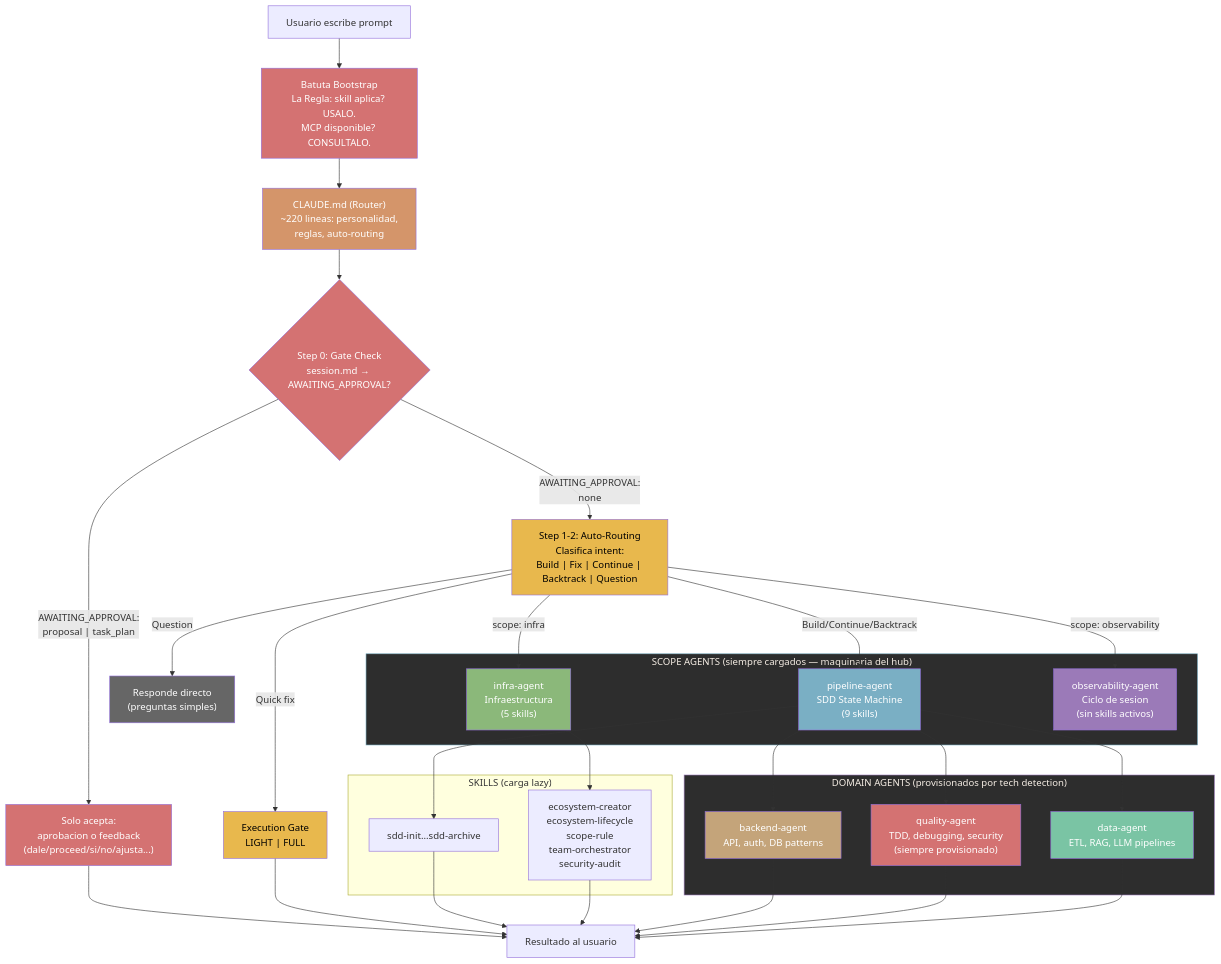
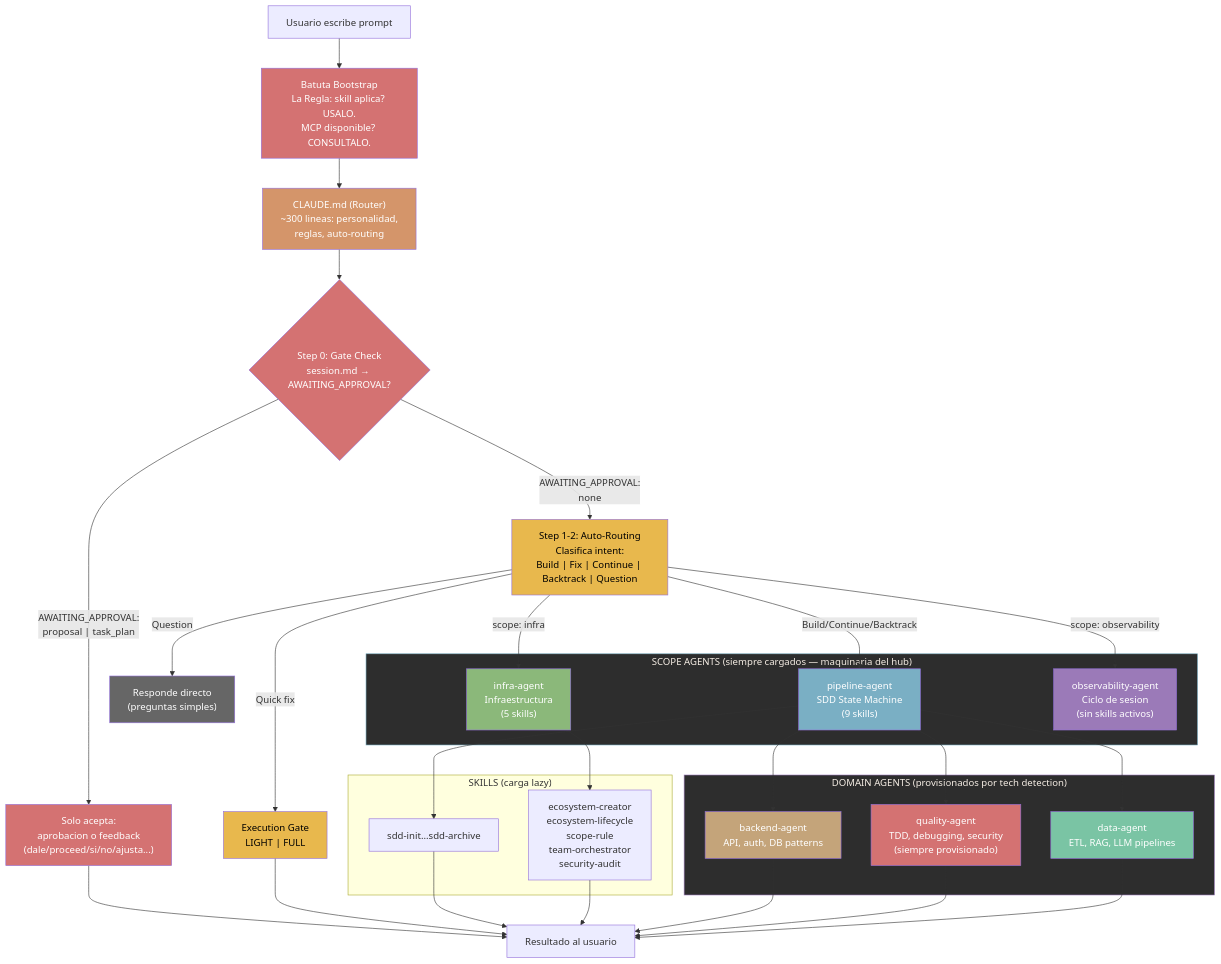
Before and after one commit to jota-batuta/batuta-dots: the third of 31 diagrams in docs/architecture/arquitectura-diagrama.md, drawn with Mermaid. The commit also changed other lines of this file and 19 other files, not shown here.

````diff
--- a/docs/architecture/arquitectura-diagrama.md
+++ b/docs/architecture/arquitectura-diagrama.md
@@ -127,67 +127,67 @@
 ```mermaid
 flowchart TD
     USER["Usuario escribe prompt"]
     BOOTSTRAP["Batuta Bootstrap<br/>La Regla: skill aplica? USALO.<br/>MCP disponible? CONSULTALO."]
-    ROUTER["CLAUDE.md (Router)<br/>~220 lineas: personalidad,<br/>reglas, auto-routing"]
+    ROUTER["CLAUDE.md (Router)<br/>~300 lineas: personalidad,<br/>reglas, auto-routing"]
 
     STEP0{"Step 0: Gate Check<br/>session.md → AWAITING_APPROVAL?"}
     GATE_LOCK["Solo acepta:<br/>aprobacion o feedback<br/>(dale/proceed/si/no/ajusta...)"]
 
     AUTOROUTE["Step 1-2: Auto-Routing<br/>Clasifica intent:<br/>Build | Fix | Continue | Backtrack | Question"]
 
     subgraph SCOPE_AGENTS["SCOPE AGENTS (siempre cargados — maquinaria del hub)"]
         PIPELINE["pipeline-agent<br/>SDD State Machine<br/>(9 skills)"]
         INFRA["infra-agent<br/>Infraestructura<br/>(5 skills)"]
         OBS["observability-agent<br/>Ciclo de sesion<br/>(sin skills activos)"]
     end
 
     subgraph DOMAIN_AGENTS["DOMAIN AGENTS (provisionados por tech detection)"]
         BACKEND["backend-agent<br/>API, auth, DB patterns"]
         QUALITY["quality-agent<br/>TDD, debugging, security<br/>(siempre provisionado)"]
         DATA["data-agent<br/>ETL, RAG, LLM pipelines"]
     end
 
     subgraph SKILLS["SKILLS (carga lazy)"]
         SDD["sdd-init...sdd-archive"]
         ECO["ecosystem-creator<br/>ecosystem-lifecycle<br/>scope-rule<br/>team-orchestrator<br/>security-audit"]
     end
 
     RESULT["Resultado al usuario"]
     DIRECT["Responde directo<br/>(preguntas simples)"]
     GATE["Execution Gate<br/>LIGHT | FULL"]
 
     USER --> BOOTSTRAP --> ROUTER --> STEP0
     STEP0 -->|"AWAITING_APPROVAL:<br/>proposal | task_plan"| GATE_LOCK --> RESULT
     STEP0 -->|"AWAITING_APPROVAL:<br/>none"| AUTOROUTE
     AUTOROUTE -->|"Build/Continue/Backtrack"| PIPELINE
     AUTOROUTE -->|"scope: infra"| INFRA
     AUTOROUTE -->|"scope: observability"| OBS
     AUTOROUTE -->|"Question"| DIRECT
     AUTOROUTE -->|"Quick fix"| GATE --> RESULT
     PIPELINE --> SDD
     PIPELINE --> BACKEND
     PIPELINE --> QUALITY
     PIPELINE --> DATA
     INFRA --> ECO
     SDD --> RESULT
     ECO --> RESULT
     BACKEND --> RESULT
     QUALITY --> RESULT
     DATA --> RESULT
 
     style ROUTER fill:#D4956A,color:#fff
     style BOOTSTRAP fill:#D47272,color:#fff
     style STEP0 fill:#D47272,color:#fff
     style GATE_LOCK fill:#D47272,color:#fff
     style AUTOROUTE fill:#E8B84D,color:#000
     style PIPELINE fill:#7AAFC4,color:#fff
     style INFRA fill:#8BB87A,color:#fff
     style OBS fill:#9B7AB8,color:#fff
     style SCOPE_AGENTS fill:#2d2d2d,stroke:#7AAFC4,color:#F5EDE4
     style DOMAIN_AGENTS fill:#2d2d2d,stroke:#9B7AB8,color:#F5EDE4
     style BACKEND fill:#C4A47A,color:#fff
     style QUALITY fill:#D47272,color:#fff
     style DATA fill:#7AC4A4,color:#fff
     style DIRECT fill:#666,color:#fff
     style GATE fill:#E8B84D,color:#000
 ```
````
